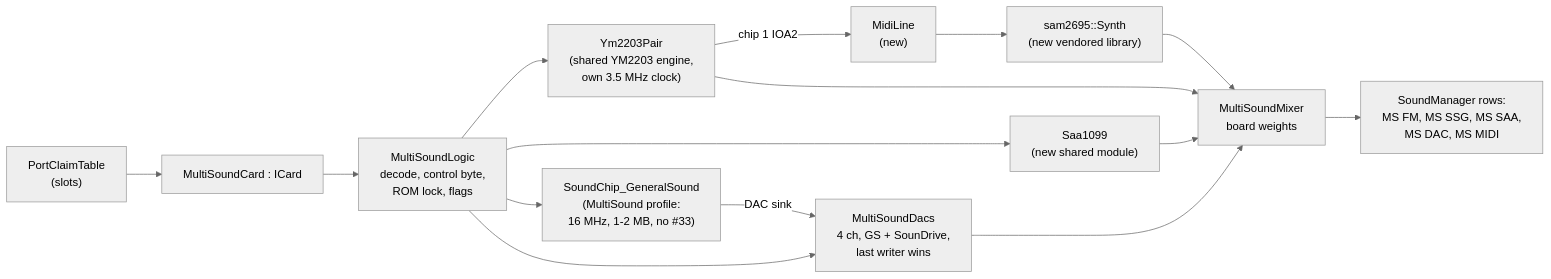
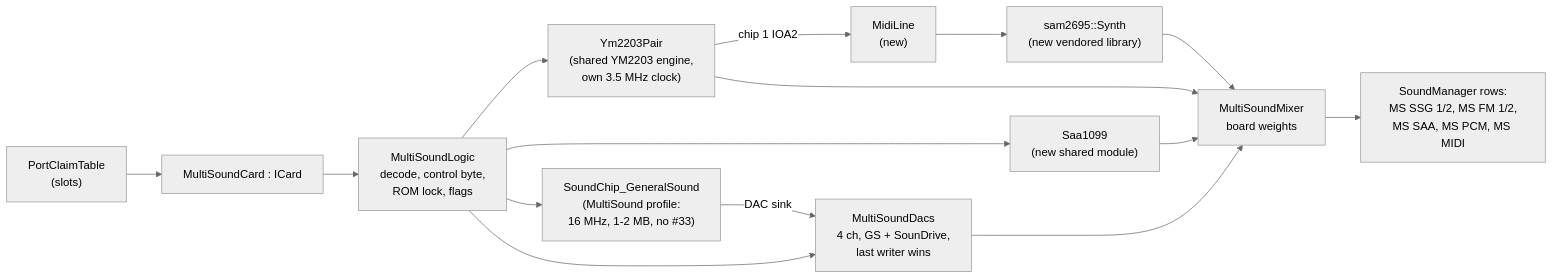
One commit to alfishe/unreal-ng changed the diagram in docs/inprogress/2026-10-03-zx-multisound/architecture.md. Above: the diagram before and after it, drawn with Mermaid (neutral theme). The commit also changed other lines of this file and 34 other files, not shown here.

````diff
--- a/docs/inprogress/2026-10-03-zx-multisound/architecture.md
+++ b/docs/inprogress/2026-10-03-zx-multisound/architecture.md
@@ -17,17 +17,17 @@
 ```mermaid
 flowchart LR
     BUS["PortClaimTable<br/>(slots)"] --> CARD["MultiSoundCard : ICard"]
     CARD --> DEC["MultiSoundLogic<br/>decode, control byte,<br/>ROM lock, flags"]
     DEC --> YM["Ym2203Pair<br/>(shared YM2203 engine,<br/>own 3.5 MHz clock)"]
     DEC --> SAA["Saa1099<br/>(new shared module)"]
     DEC --> GS["SoundChip_GeneralSound<br/>(MultiSound profile:<br/>16 MHz, 1-2 MB, no #33)"]
     DEC --> DAC["MultiSoundDacs<br/>4 ch, GS + SounDrive,<br/>last writer wins"]
     GS -- "DAC sink" --> DAC
     YM -- "chip 1 IOA2" --> LINE["MidiLine<br/>(new)"]
     LINE --> SAM["sam2695::Synth<br/>(new vendored library)"]
     YM --> MIX["MultiSoundMixer<br/>board weights"]
     SAA --> MIX
     DAC --> MIX
     SAM --> MIX
-    MIX --> SM["SoundManager rows:<br/>MS FM, MS SSG, MS SAA,<br/>MS DAC, MS MIDI"]
+    MIX --> SM["SoundManager rows:<br/>MS SSG 1/2, MS FM 1/2,<br/>MS SAA, MS PCM, MS MIDI"]
 ```
````
